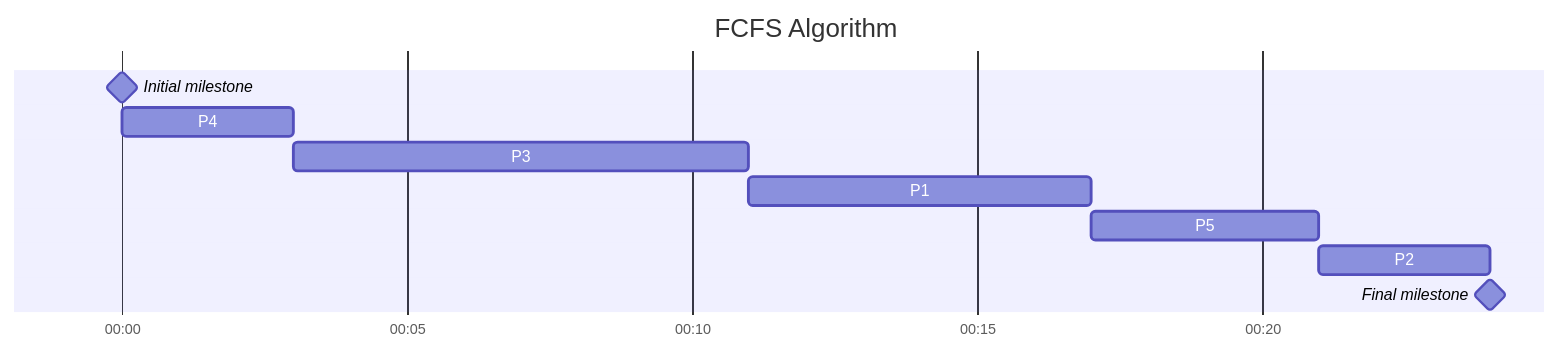
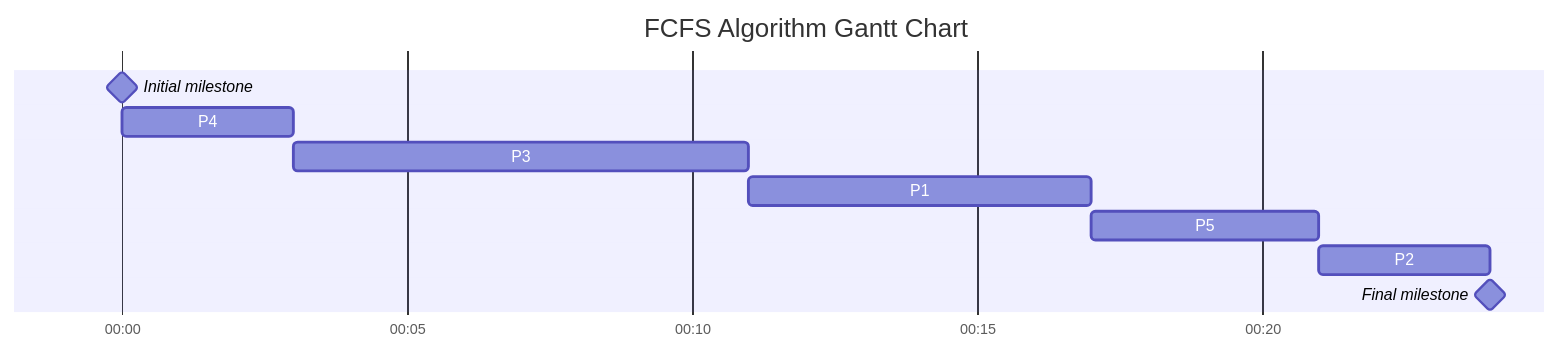
Before and after one commit to shubham21155102/Archieve: diagram 12 of 24 in Operating_System/2.processe_state.md, drawn with Mermaid. The commit also changed other lines of this file and 7 other files, not shown here.

````diff
--- a/Operating_System/2.processe_state.md
+++ b/Operating_System/2.processe_state.md
@@ -274,14 +282,14 @@
 ```mermaid
 gantt
-title FCFS Algorithm
-dateFormat HH:mm
+title FCFS Algorithm Gantt Chart
+dateFormat HH:mm 
 axisFormat %H:%M
 Initial milestone : milestone, m1, 00:00, 0m
     P4 : 3m
     P3 : 8m
     P1 : 6m
     P5 : 4m
     P2 : 3m
     Final milestone:milestone, p2
 
 ```
````
